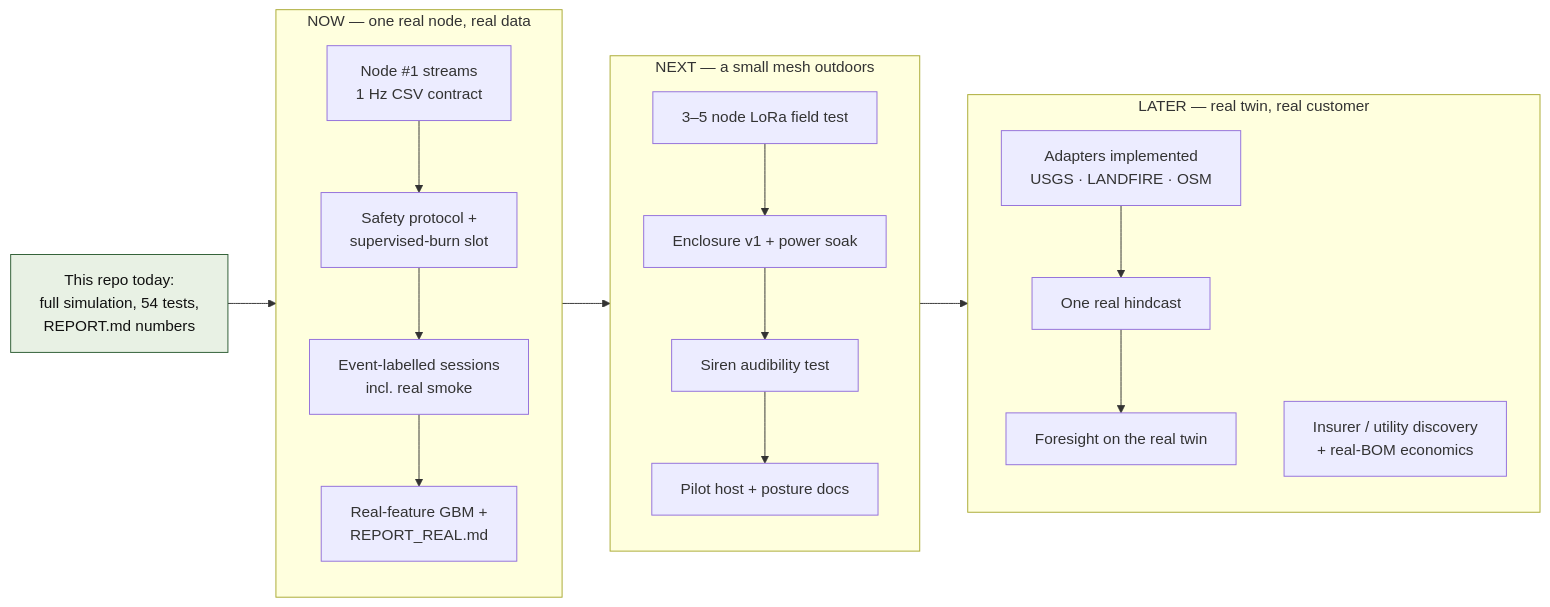
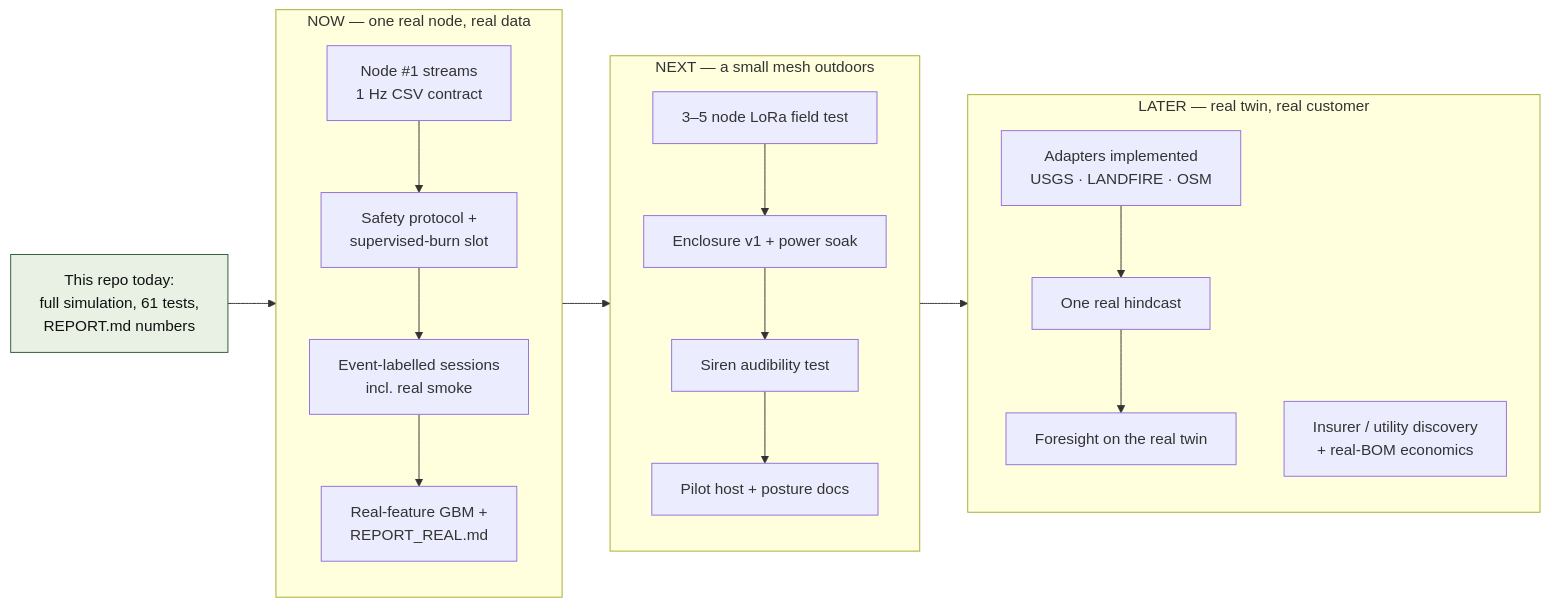
Before and after one commit to akashyap-0/emberline: the diagram in docs/05_ROADMAP.md, drawn with Mermaid. The commit also changed other lines of this file and 13 other files, not shown here.

Commit message:
Phase 4: Mermaid diagram sources in docs/diagrams and matplotlib PNG exports of the system and data-flow diagrams

````diff
--- a/docs/05_ROADMAP.md
+++ b/docs/05_ROADMAP.md
@@ -9,29 +9,29 @@
 ```mermaid
 flowchart LR
     subgraph NOW["NOW — one real node, real data"]
         A1["Node #1 streams<br/>1 Hz CSV contract"]
         A2["Safety protocol +<br/>supervised-burn slot"]
         A3["Event-labelled sessions<br/>incl. real smoke"]
         A4["Real-feature GBM +<br/>REPORT_REAL.md"]
         A1 --> A2 --> A3 --> A4
     end
     subgraph NEXT["NEXT — a small mesh outdoors"]
         B1["3–5 node LoRa field test"]
         B2["Enclosure v1 + power soak"]
         B3["Siren audibility test"]
         B4["Pilot host + posture docs"]
         B1 --> B2 --> B3 --> B4
     end
     subgraph LATER["LATER — real twin, real customer"]
         C1["Adapters implemented<br/>USGS · LANDFIRE · OSM"]
         C2["One real hindcast"]
         C3["Foresight on the real twin"]
         C4["Insurer / utility discovery<br/>+ real-BOM economics"]
         C1 --> C2 --> C3
         C4
     end
-    SIM["This repo today:<br/>full simulation, 54 tests,<br/>REPORT.md numbers"]:::done
+    SIM["This repo today:<br/>full simulation, 61 tests,<br/>REPORT.md numbers"]:::done
     SIM --> NOW --> NEXT --> LATER
 
     classDef done fill:#e8f1e4,stroke:#2e5d34,color:#111;
 ```
````
